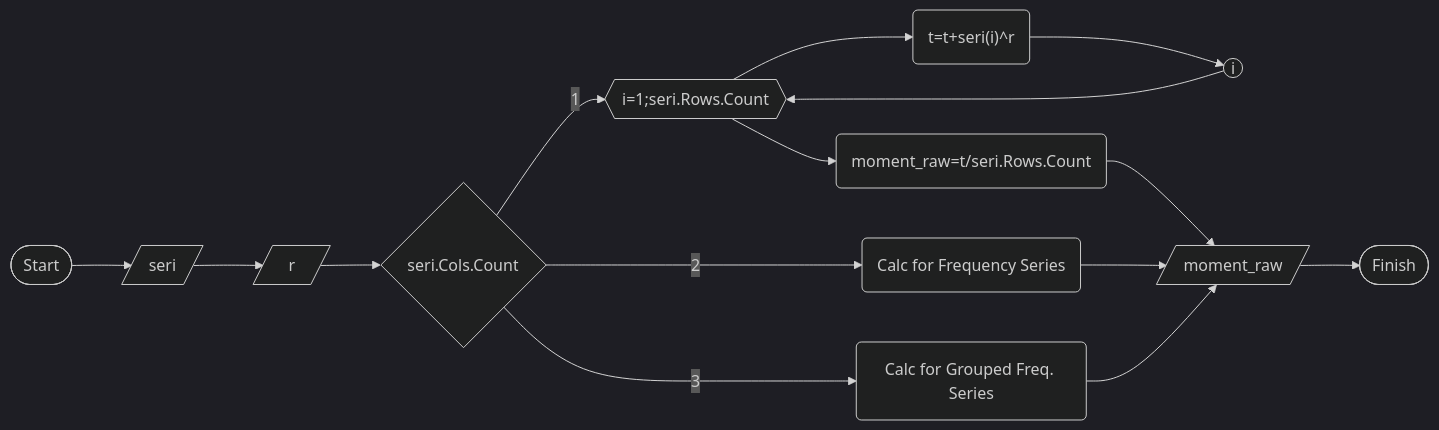
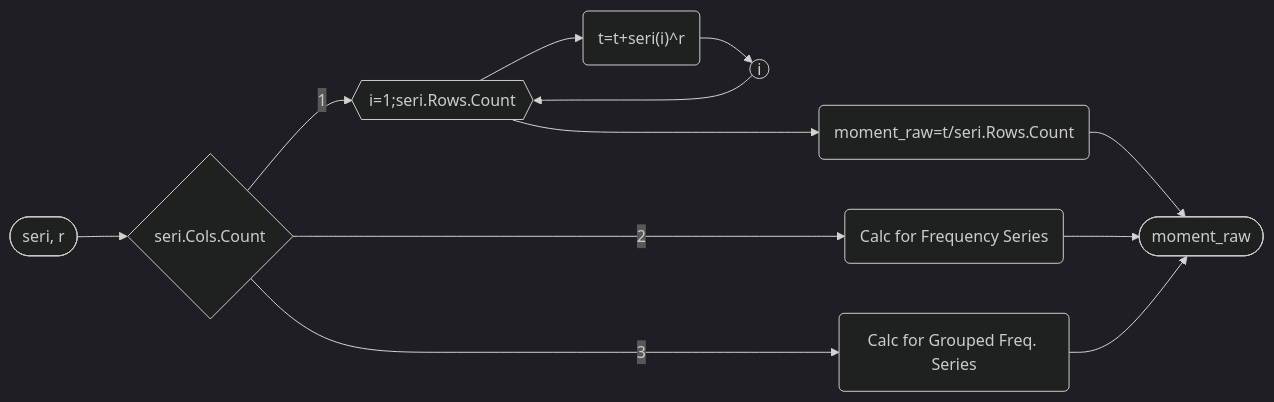
One commit to lterlemez/Excel-VBA--statistik changed the diagram in VBA_Statistics/README.md. Above: the diagram before and after it, drawn with Mermaid (dark theme).

Commit message:
Update README.md
Flowchart update

````diff
--- a/VBA_Statistics/README.md
+++ b/VBA_Statistics/README.md
@@ -50,14 +50,13 @@
 ```mermaid
 flowchart LR
-A([Start]) --> B[/seri/]
-B-->C[/"&nbsp;&nbsp;r&nbsp;&nbsp"/]
-C-->D{seri.Cols.Count}
-D--1--> E{{"i=1;seri.Rows.Count"}}
+A([seri, r]) --> B
+B{seri.Cols.Count}
+B--1--> E{{"i=1;seri.Rows.Count"}} 
 E-->F("t=t+seri(i)^r")-->G((i)) 
 G-->E 
-E-->H("moment_raw=t/seri.Rows.Count")-->I[/"moment_raw"/]-->J([Finish])
-D--2-->K(Calc for Frequency Series)
-K-->I
-D--3-->L(Calc for Grouped Freq. Series)
-L-->I
+E---->H("moment_raw=t/seri.Rows.Count")-->J([moment_raw])
+B--2-->K(Calc for Frequency Series)
+K-->J
+B--3-->L(Calc for Grouped Freq. Series)
+L-->J
 ```
````
